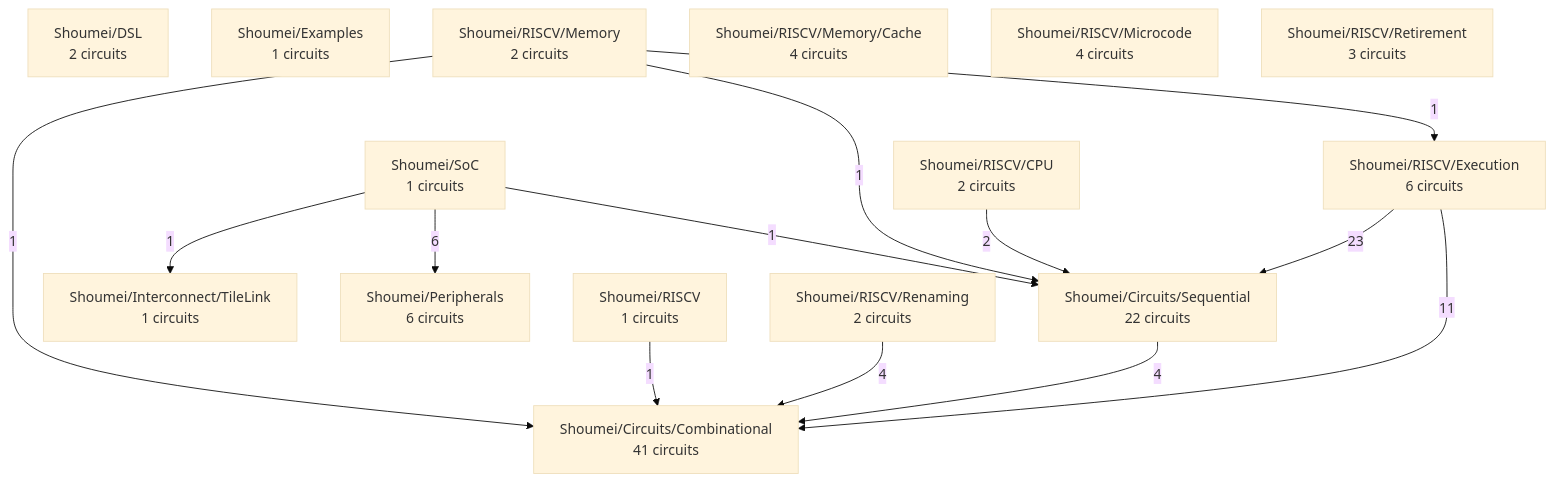
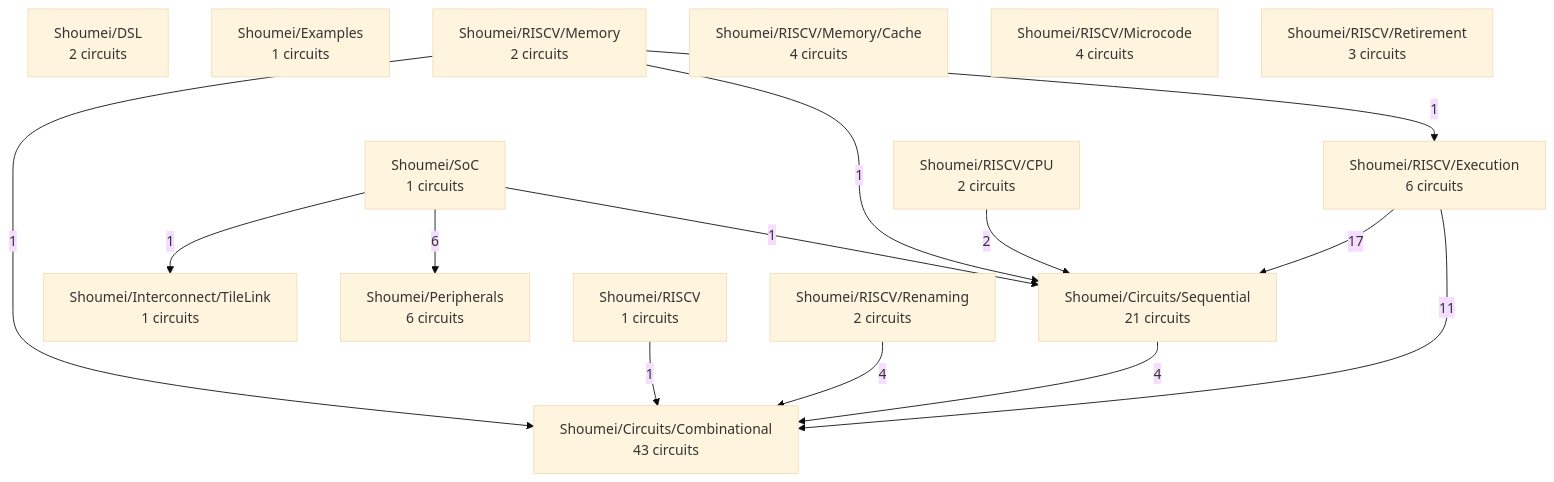
The diagram in docs/project-map.md (abhinav-devpura/Shoumei-RTL), drawn with Mermaid (base theme) before and after one commit. The commit also changed other lines of this file and 129 other files, not shown here.

````diff
--- a/docs/project-map.md
+++ b/docs/project-map.md
@@ -27,30 +27,30 @@
 ```mermaid
 graph TD
-  Shoumei_Circuits_Combinational["Shoumei/Circuits/Combinational<br/>41 circuits"]
-  Shoumei_Circuits_Sequential["Shoumei/Circuits/Sequential<br/>22 circuits"]
+  Shoumei_Circuits_Combinational["Shoumei/Circuits/Combinational<br/>43 circuits"]
+  Shoumei_Circuits_Sequential["Shoumei/Circuits/Sequential<br/>21 circuits"]
   Shoumei_DSL["Shoumei/DSL<br/>2 circuits"]
   Shoumei_Examples["Shoumei/Examples<br/>1 circuits"]
   Shoumei_Interconnect_TileLink["Shoumei/Interconnect/TileLink<br/>1 circuits"]
   Shoumei_Peripherals["Shoumei/Peripherals<br/>6 circuits"]
   Shoumei_RISCV["Shoumei/RISCV<br/>1 circuits"]
   Shoumei_RISCV_CPU["Shoumei/RISCV/CPU<br/>2 circuits"]
   Shoumei_RISCV_Execution["Shoumei/RISCV/Execution<br/>6 circuits"]
   Shoumei_RISCV_Memory["Shoumei/RISCV/Memory<br/>2 circuits"]
   Shoumei_RISCV_Memory_Cache["Shoumei/RISCV/Memory/Cache<br/>4 circuits"]
   Shoumei_RISCV_Microcode["Shoumei/RISCV/Microcode<br/>4 circuits"]
   Shoumei_RISCV_Renaming["Shoumei/RISCV/Renaming<br/>2 circuits"]
   Shoumei_RISCV_Retirement["Shoumei/RISCV/Retirement<br/>3 circuits"]
   Shoumei_SoC["Shoumei/SoC<br/>1 circuits"]
-  Shoumei_RISCV_Execution -->|23| Shoumei_Circuits_Sequential
+  Shoumei_RISCV_Execution -->|17| Shoumei_Circuits_Sequential
   Shoumei_RISCV_Execution -->|11| Shoumei_Circuits_Combinational
   Shoumei_SoC -->|6| Shoumei_Peripherals
   Shoumei_Circuits_Sequential -->|4| Shoumei_Circuits_Combinational
   Shoumei_RISCV_Renaming -->|4| Shoumei_Circuits_Combinational
   Shoumei_RISCV_CPU -->|2| Shoumei_Circuits_Sequential
   Shoumei_RISCV -->|1| Shoumei_Circuits_Combinational
   Shoumei_RISCV_Memory -->|1| Shoumei_Circuits_Combinational
   Shoumei_RISCV_Memory -->|1| Shoumei_Circuits_Sequential
   Shoumei_RISCV_Memory -->|1| Shoumei_RISCV_Execution
   Shoumei_SoC -->|1| Shoumei_Circuits_Sequential
   Shoumei_SoC -->|1| Shoumei_Interconnect_TileLink
 ```
````
